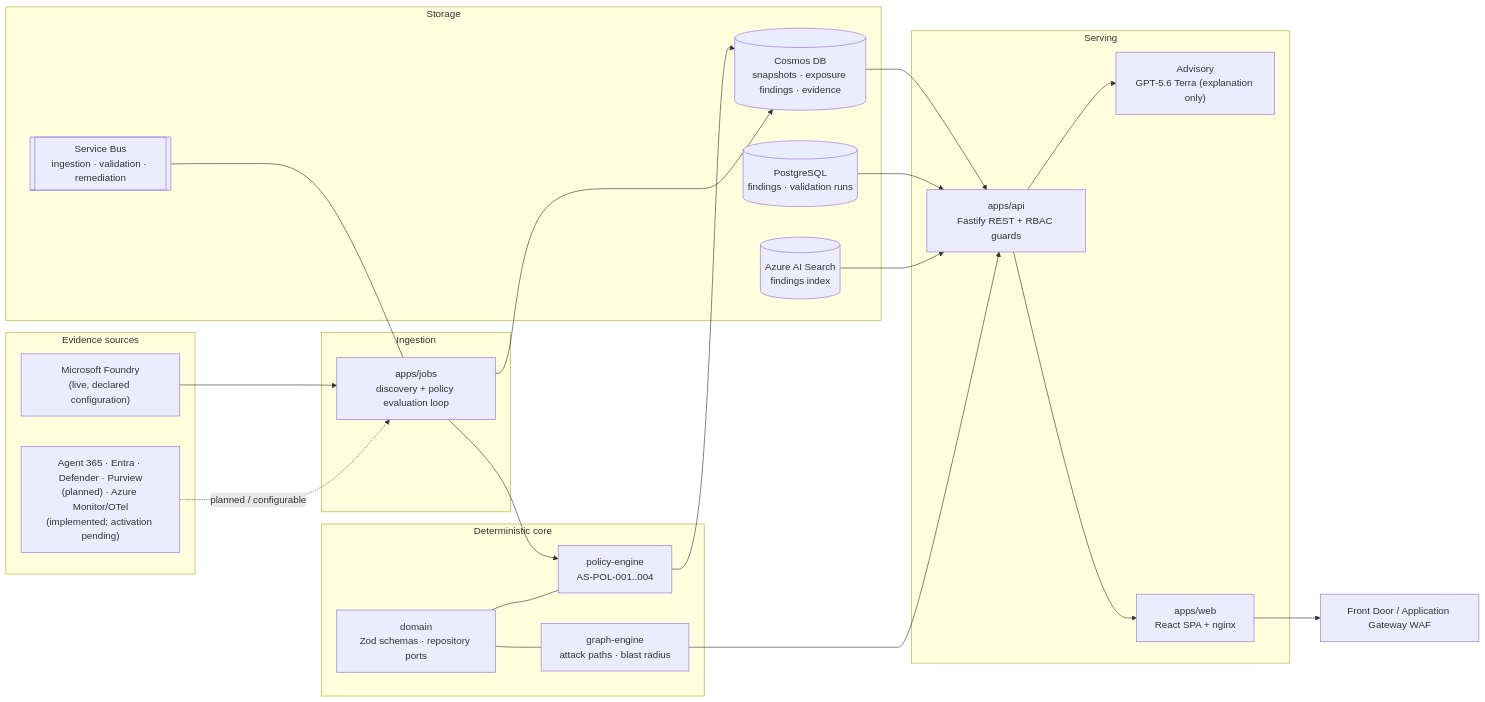
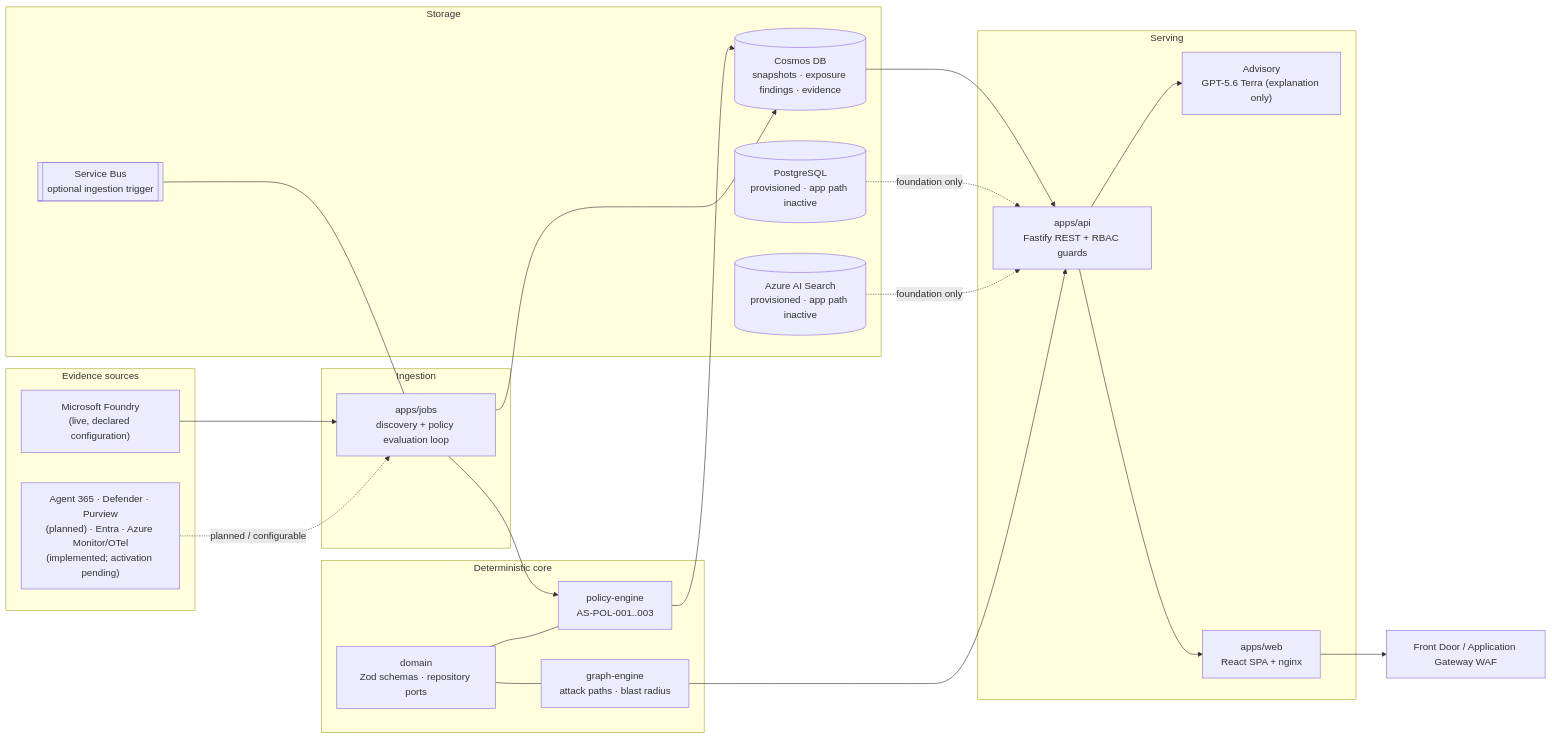
The diagram in README.md (YOONPYOGitHub/agent-sentinel), drawn with Mermaid before and after one commit. The commit also changed other lines of this file and 35 other files, not shown here.

````diff
--- a/README.md
+++ b/README.md
@@ -75,45 +75,45 @@
 ```mermaid
 flowchart LR
     subgraph Sources["Evidence sources"]
         FDRY["Microsoft Foundry<br/>(live, declared configuration)"]
-        PLAN["Agent 365 · Entra · Defender · Purview<br/>(planned) · Azure Monitor/OTel<br/>(implemented; activation pending)"]
+        PLAN["Agent 365 · Defender · Purview<br/>(planned) · Entra · Azure Monitor/OTel<br/>(implemented; activation pending)"]
     end
 
     subgraph Ingest["Ingestion"]
         JOBS["apps/jobs<br/>discovery + policy evaluation loop"]
     end
 
     subgraph Core["Deterministic core"]
         GRAPH["graph-engine<br/>attack paths · blast radius"]
-        POLICY["policy-engine<br/>AS-POL-001..004"]
+        POLICY["policy-engine<br/>AS-POL-001..003"]
         DOMAIN["domain<br/>Zod schemas · repository ports"]
     end
 
     subgraph Store["Storage"]
         COSMOS[("Cosmos DB<br/>snapshots · exposure findings · evidence")]
-        PG[("PostgreSQL<br/>findings · validation runs")]
-        SEARCH[("Azure AI Search<br/>findings index")]
-        SB[["Service Bus<br/>ingestion · validation · remediation"]]
+        PG[("PostgreSQL<br/>provisioned · app path inactive")]
+        SEARCH[("Azure AI Search<br/>provisioned · app path inactive")]
+        SB[["Service Bus<br/>optional ingestion trigger"]]
     end
 
     subgraph Serve["Serving"]
         API["apps/api<br/>Fastify REST + RBAC guards"]
         ADV["Advisory<br/>GPT-5.6 Terra (explanation only)"]
         WEB["apps/web<br/>React SPA + nginx"]
     end
 
     FDRY --> JOBS
     PLAN -.planned / configurable.-> JOBS
     JOBS --> POLICY --> COSMOS
     JOBS --> COSMOS
     DOMAIN --- POLICY
     DOMAIN --- GRAPH
     COSMOS --> API
-    PG --> API
-    SEARCH --> API
+    PG -.foundation only.-> API
+    SEARCH -.foundation only.-> API
     SB --- JOBS
     GRAPH --> API
     API --> ADV
     API --> WEB
     WEB --> EDGE["Front Door / Application Gateway WAF"]
 ```
````
